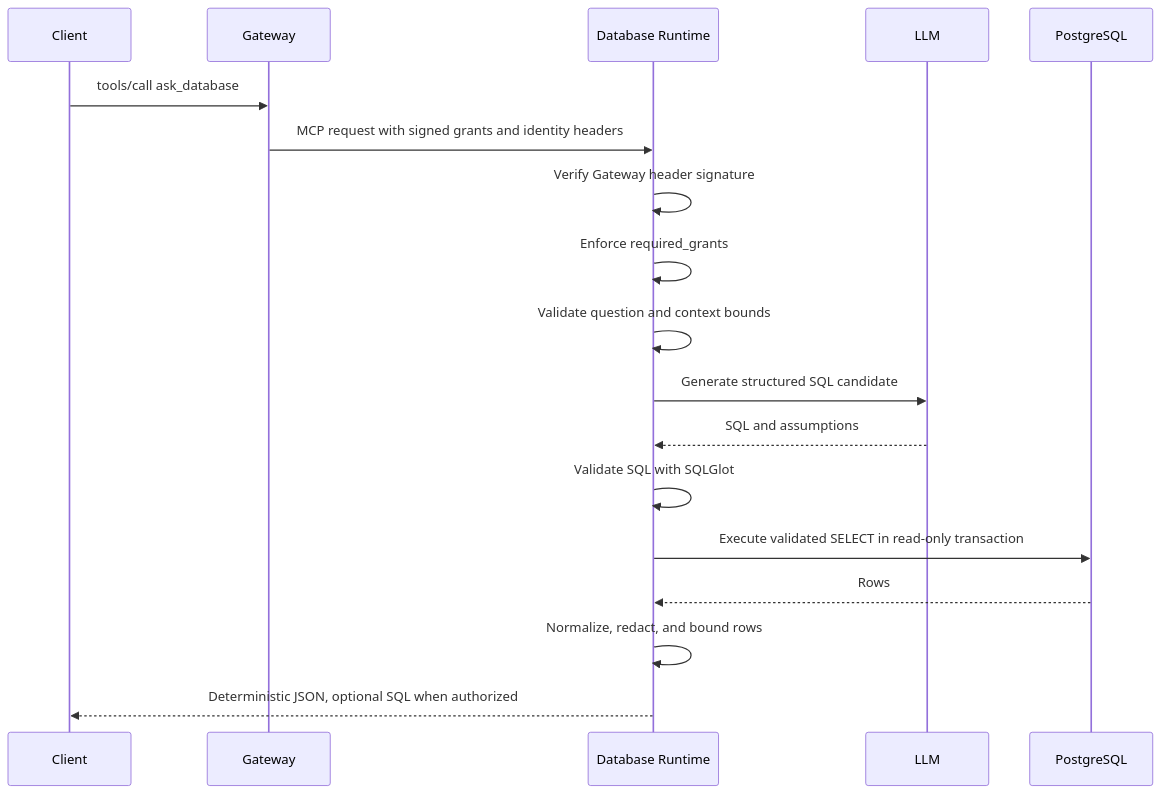
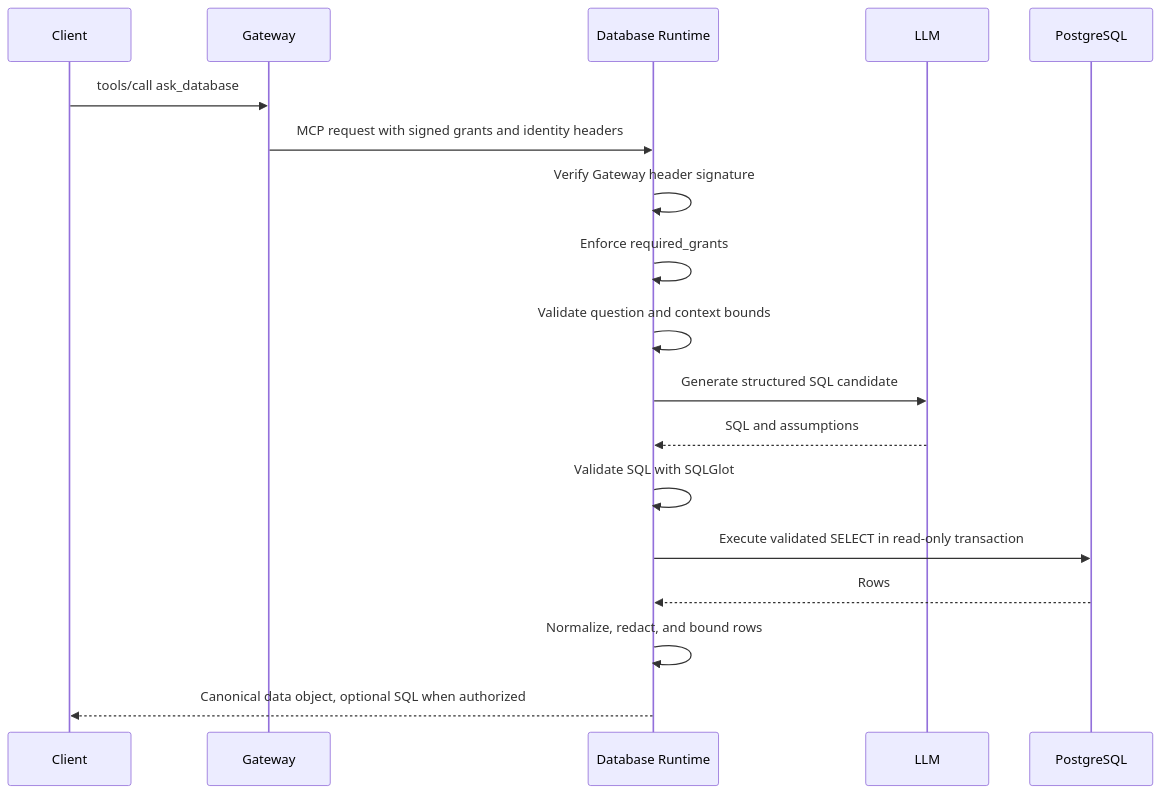
The diagram in docs/database_runtime.md (nogj/aws-data-agentcore), drawn with Mermaid before and after one commit. The commit also changed other lines of this file and 8 other files, not shown here.

````diff
--- a/docs/database_runtime.md
+++ b/docs/database_runtime.md
@@ -51,21 +49,21 @@
 ```mermaid
 sequenceDiagram
     participant Client
     participant Gateway
     participant Runtime as Database Runtime
     participant LLM
     participant DB as PostgreSQL
 
     Client->>Gateway: tools/call ask_database
     Gateway->>Runtime: MCP request with signed grants and identity headers
     Runtime->>Runtime: Verify Gateway header signature
     Runtime->>Runtime: Enforce required_grants
     Runtime->>Runtime: Validate question and context bounds
     Runtime->>LLM: Generate structured SQL candidate
     LLM-->>Runtime: SQL and assumptions
     Runtime->>Runtime: Validate SQL with SQLGlot
     Runtime->>DB: Execute validated SELECT in read-only transaction
     DB-->>Runtime: Rows
     Runtime->>Runtime: Normalize, redact, and bound rows
-    Runtime-->>Client: Deterministic JSON, optional SQL when authorized
+    Runtime-->>Client: Canonical data object, optional SQL when authorized
 ```
````
